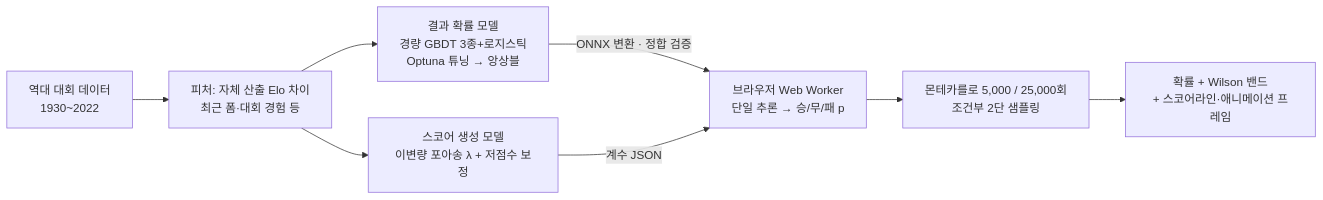
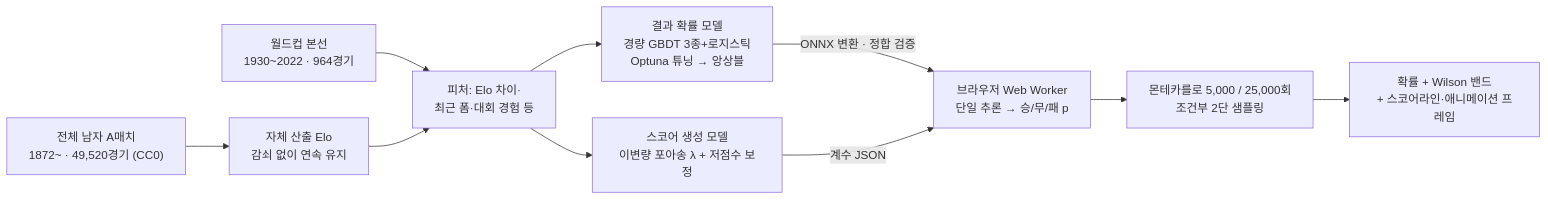
Before and after one commit to Dacon-Organization/World-Cup-Tactics-Web-Service-Challenge: the diagram in docs/planning/proposal/version1.0/10_ML아키텍처.md, drawn with Mermaid. The commit also changed other lines of this file and 3 other files, not shown here.

First line of the commit message:
docs(proposal): 원고 9·10절 c2 동기화 — Elo A매치 확장·martj42 CC0 반영 (#22)

````diff
--- a/docs/planning/proposal/version1.0/10_ML아키텍처.md
+++ b/docs/planning/proposal/version1.0/10_ML아키텍처.md
@@ -23,10 +23,12 @@
 ```mermaid
 graph LR
-    D["역대 대회 데이터<br/>1930~2022"] --> F["피처: 자체 산출 Elo 차이<br/>최근 폼·대회 경험 등"]
+    D1["전체 남자 A매치<br/>1872~ · 49,520경기 (CC0)"] --> E["자체 산출 Elo<br/>감쇠 없이 연속 유지"]
+    D2["월드컵 본선<br/>1930~2022 · 964경기"] --> F["피처: Elo 차이·<br/>최근 폼·대회 경험 등"]
+    E --> F
     F --> M1["결과 확률 모델<br/>경량 GBDT 3종+로지스틱<br/>Optuna 튜닝 → 앙상블"]
     F --> M2["스코어 생성 모델<br/>이변량 포아송 λ + 저점수 보정"]
     M1 -->|ONNX 변환 · 정합 검증| B["브라우저 Web Worker<br/>단일 추론 → 승/무/패 p"]
     M2 -->|계수 JSON| B
     B --> MC["몬테카를로 5,000 / 25,000회<br/>조건부 2단 샘플링"]
     MC --> V["확률 + Wilson 밴드<br/>+ 스코어라인·애니메이션 프레임"]
 ```
````
